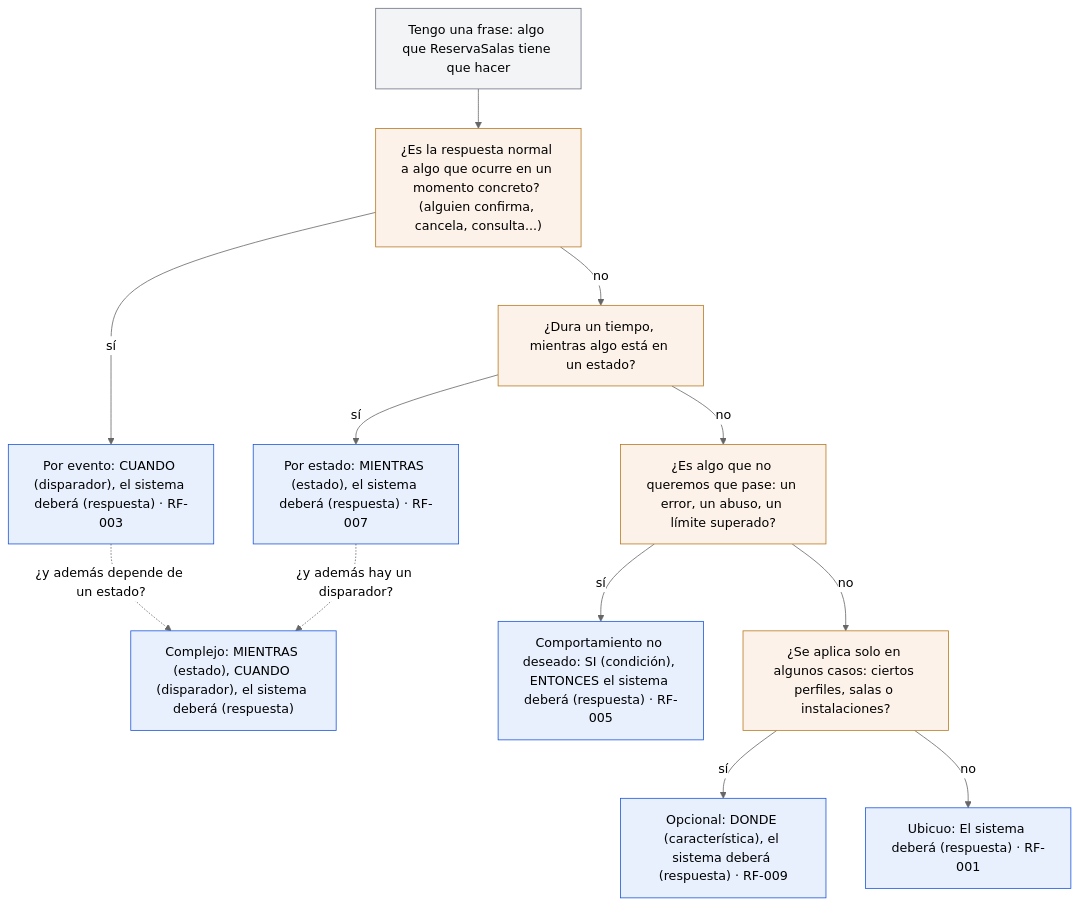
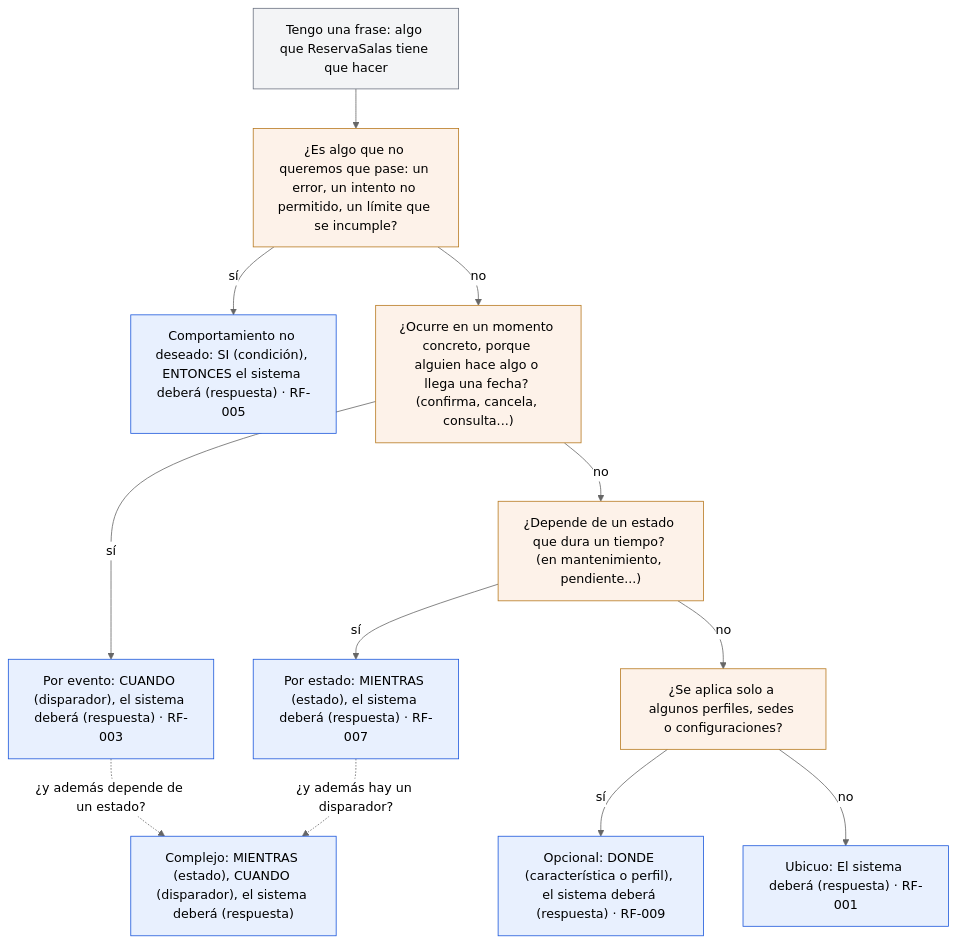
Before and after one commit to antroc/charla-sdd: the second of 2 diagrams in diagramas/05-anatomia-de-un-requisito-ears.md, drawn with Mermaid (neutral theme). The commit also changed other lines of this file and 6 other files, not shown here.

First line of the commit message:
Corregir diagramas 03-04 según las revisiones

````diff
--- a/diagramas/05-anatomia-de-un-requisito-ears.md
+++ b/diagramas/05-anatomia-de-un-requisito-ears.md
@@ -65,20 +73,20 @@
 ```mermaid
 flowchart TD
-  frase["Tengo una frase: algo que ReservaSalas tiene que hacer"] --> q1["¿Es la respuesta normal a algo que ocurre en un momento concreto? (alguien confirma, cancela, consulta...)"]
-  q1 -->|"sí"| cuando["Por evento: CUANDO (disparador), el sistema deberá (respuesta) · RF-003"]
-  q1 -->|"no"| q2["¿Dura un tiempo, mientras algo está en un estado?"]
-  q2 -->|"sí"| mientras["Por estado: MIENTRAS (estado), el sistema deberá (respuesta) · RF-007"]
-  q2 -->|"no"| q3["¿Es algo que no queremos que pase: un error, un abuso, un límite superado?"]
-  q3 -->|"sí"| noDeseado["Comportamiento no deseado: SI (condición), ENTONCES el sistema deberá (respuesta) · RF-005"]
-  q3 -->|"no"| q4["¿Se aplica solo en algunos casos: ciertos perfiles, salas o instalaciones?"]
-  q4 -->|"sí"| donde["Opcional: DONDE (característica), el sistema deberá (respuesta) · RF-009"]
+  frase["Tengo una frase: algo que ReservaSalas tiene que hacer"] --> q1["¿Es algo que no queremos que pase: un error, un intento no permitido, un límite que se incumple?"]
+  q1 -->|"sí"| noDeseado["Comportamiento no deseado: SI (condición), ENTONCES el sistema deberá (respuesta) · RF-005"]
+  q1 -->|"no"| q2["¿Ocurre en un momento concreto, porque alguien hace algo o llega una fecha? (confirma, cancela, consulta...)"]
+  q2 -->|"sí"| cuando["Por evento: CUANDO (disparador), el sistema deberá (respuesta) · RF-003"]
+  q2 -->|"no"| q3["¿Depende de un estado que dura un tiempo? (en mantenimiento, pendiente...)"]
+  q3 -->|"sí"| mientras["Por estado: MIENTRAS (estado), el sistema deberá (respuesta) · RF-007"]
+  q3 -->|"no"| q4["¿Se aplica solo a algunos perfiles, sedes o configuraciones?"]
+  q4 -->|"sí"| donde["Opcional: DONDE (característica o perfil), el sistema deberá (respuesta) · RF-009"]
   q4 -->|"no"| ubicuo["Ubicuo: El sistema deberá (respuesta) · RF-001"]
   cuando -.->|"¿y además depende de un estado?"| complejo["Complejo: MIENTRAS (estado), CUANDO (disparador), el sistema deberá (respuesta)"]
   mientras -.->|"¿y además hay un disparador?"| complejo
   classDef pregunta fill:#FDF2E9,stroke:#B7791F;
   classDef patronEars fill:#E8F0FE,stroke:#1A56DB;
   classDef neutro fill:#F3F4F6,stroke:#6B7280;
   class q1,q2,q3,q4 pregunta;
   class cuando,mientras,noDeseado,donde,ubicuo,complejo patronEars;
   class frase neutro;
 ```
````
